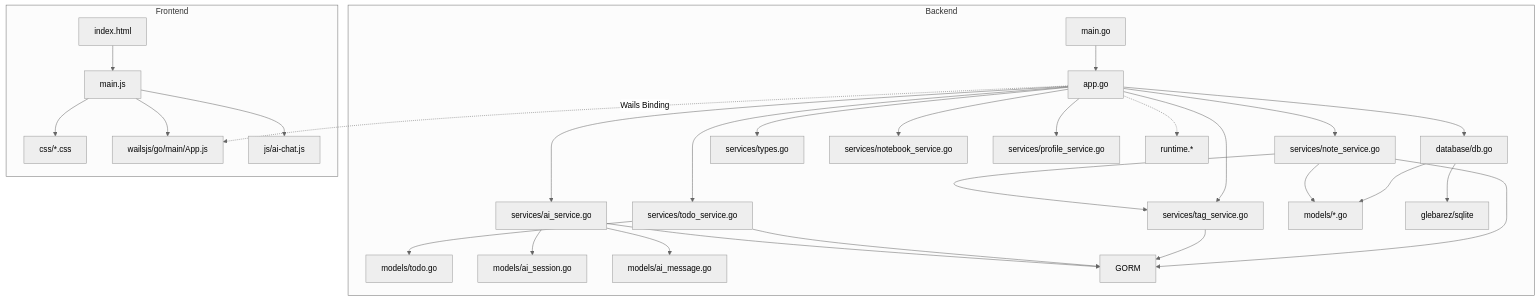
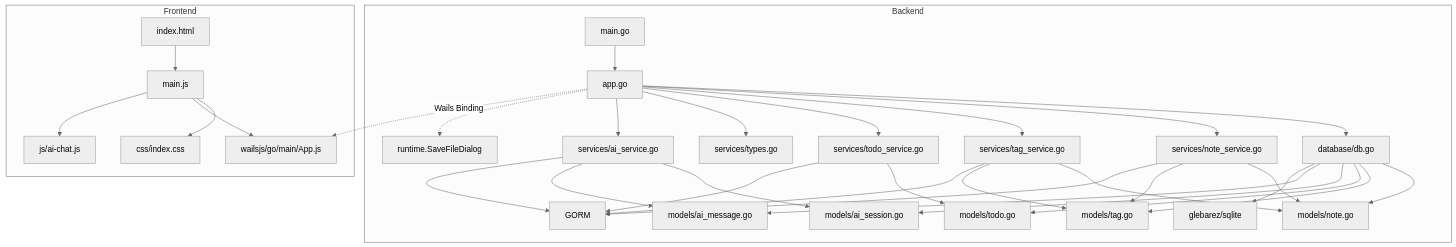
Before and after one commit to QiaoMuDe/jot: the diagram in AGENTS.md, drawn with Mermaid (neutral theme). The commit also changed other lines of this file and 3 other files, not shown here.

````diff
--- a/AGENTS.md
+++ b/AGENTS.md
@@ -236,35 +220,39 @@
 ```mermaid
 graph TD
     subgraph Backend
         A[main.go] --> B[app.go]
         B --> C[database/db.go]
         B --> D[services/note_service.go]
         B --> E[services/tag_service.go]
         B --> TD[services/todo_service.go]
         B --> F[services/types.go]
         B --> AI[services/ai_service.go]
-        B --> NB[services/notebook_service.go]
-        B --> PR[services/profile_service.go]
-        C --> G[models/*.go]
+        C --> G[models/note.go]
+        C --> H[models/tag.go]
+        C --> TD2[models/todo.go]
+        C --> I[models/ai_session.go]
+        C --> J[models/ai_message.go]
         D --> G
-        D --> E
-        TD --> TD2[models/todo.go]
-        AI --> I[models/ai_session.go]
-        AI --> J[models/ai_message.go]
+        D --> H
+        E --> G
+        E --> H
+        TD --> TD2
+        AI --> I
+        AI --> J
         C --> K[glebarez/sqlite]
         D --> L[GORM]
         E --> L
         TD --> L
         AI --> L
-        B -.-> M[runtime.*]
+        B -.-> M[runtime.SaveFileDialog]
     end
 
     subgraph Frontend
         N[index.html] --> O[main.js]
-        O --> P[css/*.css]
+        O --> P[css/index.css]
         O --> Q[wailsjs/go/main/App.js]
         O --> R[js/ai-chat.js]
     end
 
     B -.->|Wails Binding| Q
 ```
````
